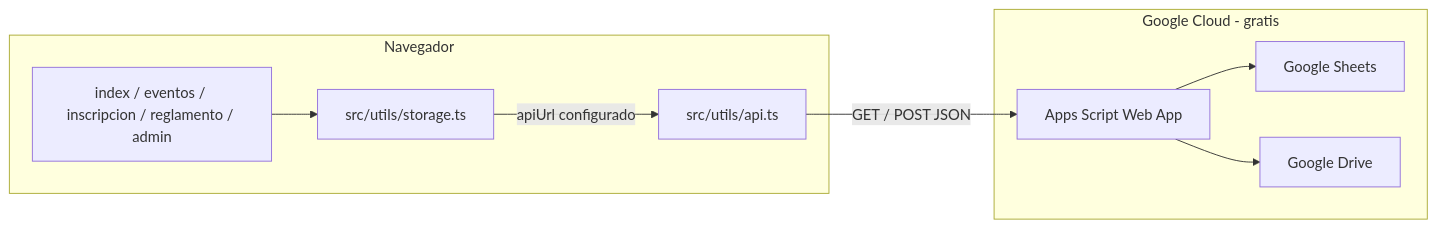
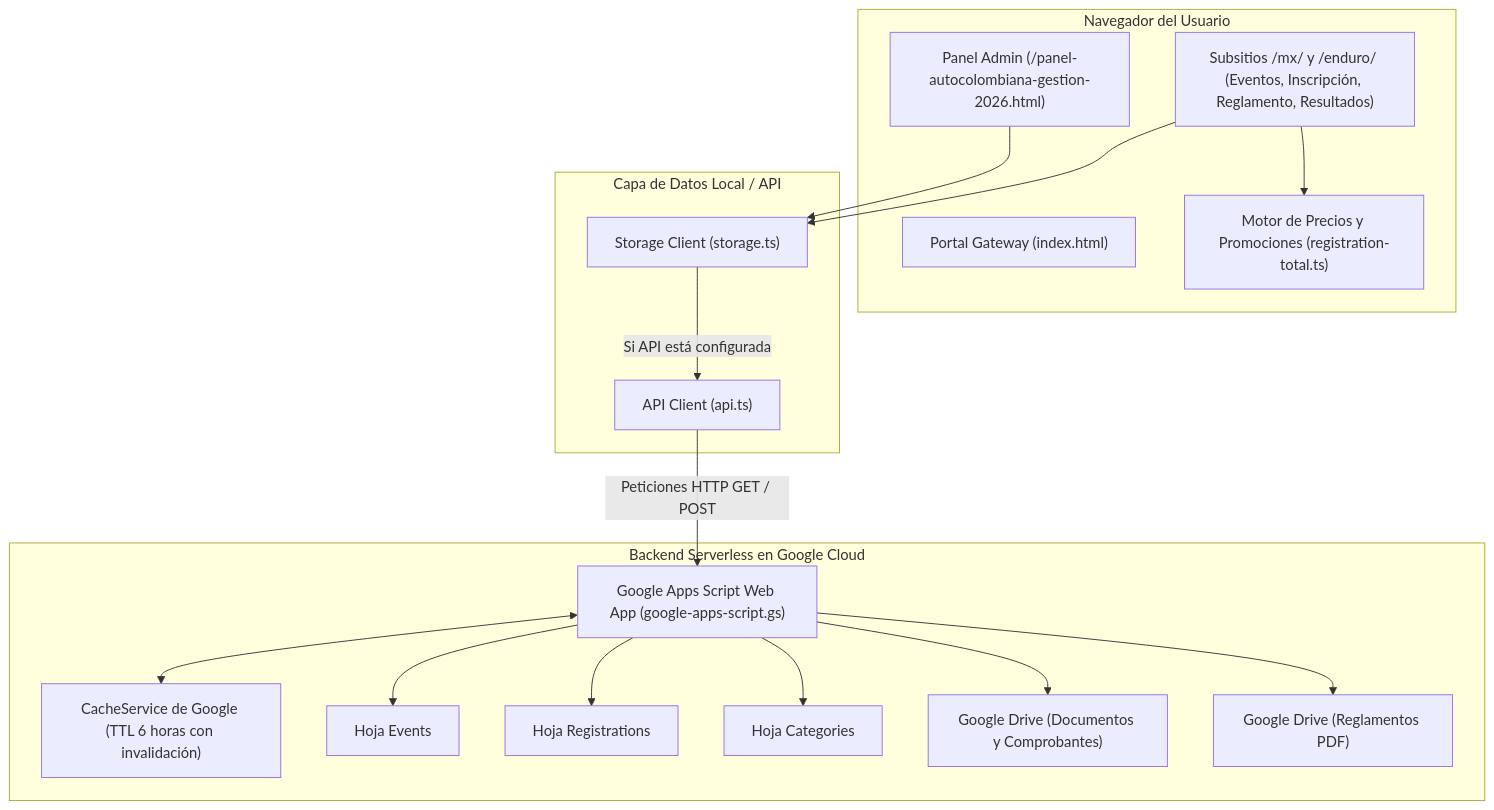
One commit to Limobog/Autocolombiana changed the diagram in README.md. Above: the diagram before and after it, drawn with Mermaid. The commit also changed other lines of this file, not shown here.

Commit message:
docs: update README with multi-championship architecture and feature documentation

````diff
--- a/README.md
+++ b/README.md
@@ -66,20 +146,36 @@
 ```mermaid
-flowchart LR
-  subgraph browser [Navegador]
-    Pages[index / eventos / inscripcion / reglamento / admin]
-    Storage[src/utils/storage.ts]
-    API[src/utils/api.ts]
-  end
+flowchart TD
+    subgraph Cliente [Navegador del Usuario]
+        Gateway["Portal Gateway (index.html)"]
+        Subsites["Subsitios /mx/ y /enduro/ (Eventos, Inscripción, Reglamento, Resultados)"]
+        Admin["Panel Admin (/panel-autocolombiana-gestion-2026.html)"]
+        Engine["Motor de Precios y Promociones (registration-total.ts)"]
+    end
 
-  subgraph google [Google Cloud - gratis]
-    WebApp[Apps Script Web App]
-    Sheet[Google Sheets]
-    Drive[Google Drive]
-  end
+    subgraph CapaServicios [Capa de Datos Local / API]
+        Storage["Storage Client (storage.ts)"]
+        ApiClient["API Client (api.ts)"]
+    end
 
-  Pages --> Storage
-  Storage -->|apiUrl configurado| API
-  API -->|GET / POST JSON| WebApp
-  WebApp --> Sheet
-  WebApp --> Drive
+    subgraph GoogleWorkspace [Backend Serverless en Google Cloud]
+        AppsScript["Google Apps Script Web App (google-apps-script.gs)"]
+        Cache["CacheService de Google (TTL 6 horas con invalidación)"]
+        SheetEvents["Hoja Events"]
+        SheetRegs["Hoja Registrations"]
+        SheetCats["Hoja Categories"]
+        DriveDocs["Google Drive (Documentos y Comprobantes)"]
+        DriveReglamentos["Google Drive (Reglamentos PDF)"]
+    end
+
+    Subsites --> Engine
+    Subsites --> Storage
+    Admin --> Storage
+    Storage -->|Si API está configurada| ApiClient
+    ApiClient -->|Peticiones HTTP GET / POST| AppsScript
+    AppsScript <--> Cache
+    AppsScript --> SheetEvents
+    AppsScript --> SheetRegs
+    AppsScript --> SheetCats
+    AppsScript --> DriveDocs
+    AppsScript --> DriveReglamentos
 ```
````
